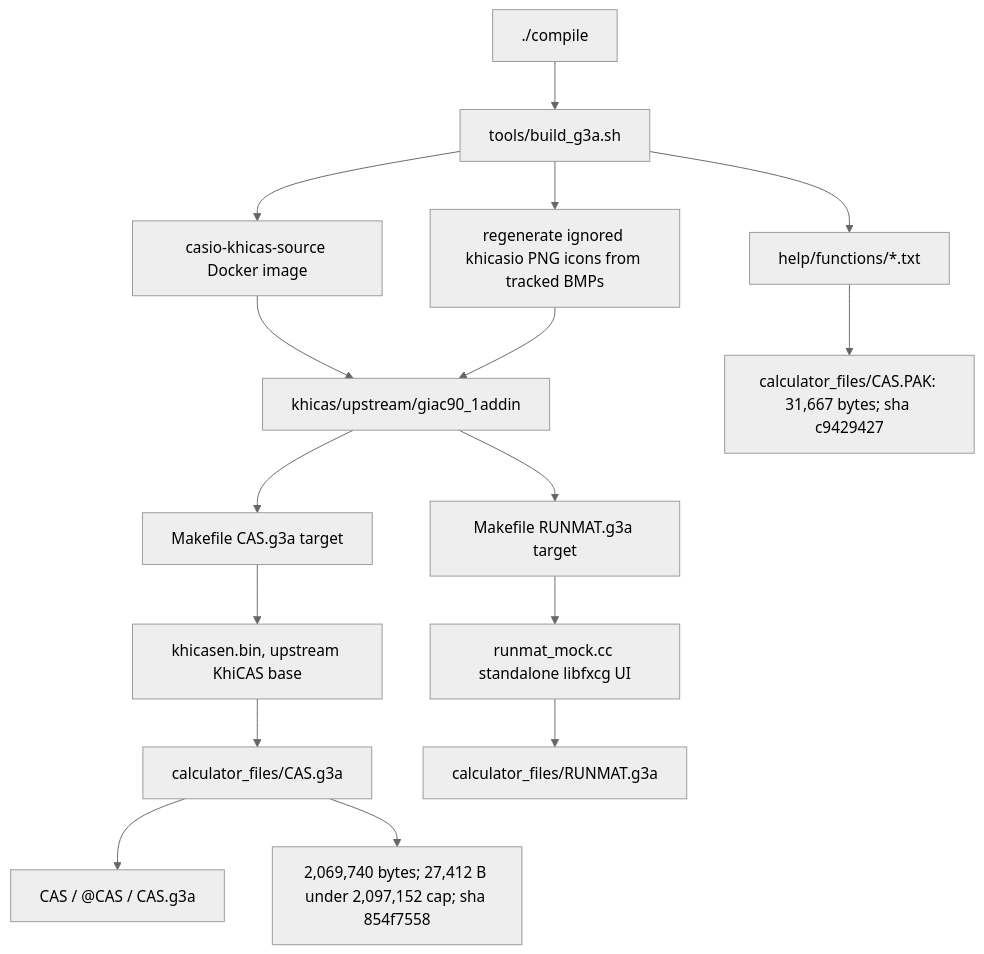
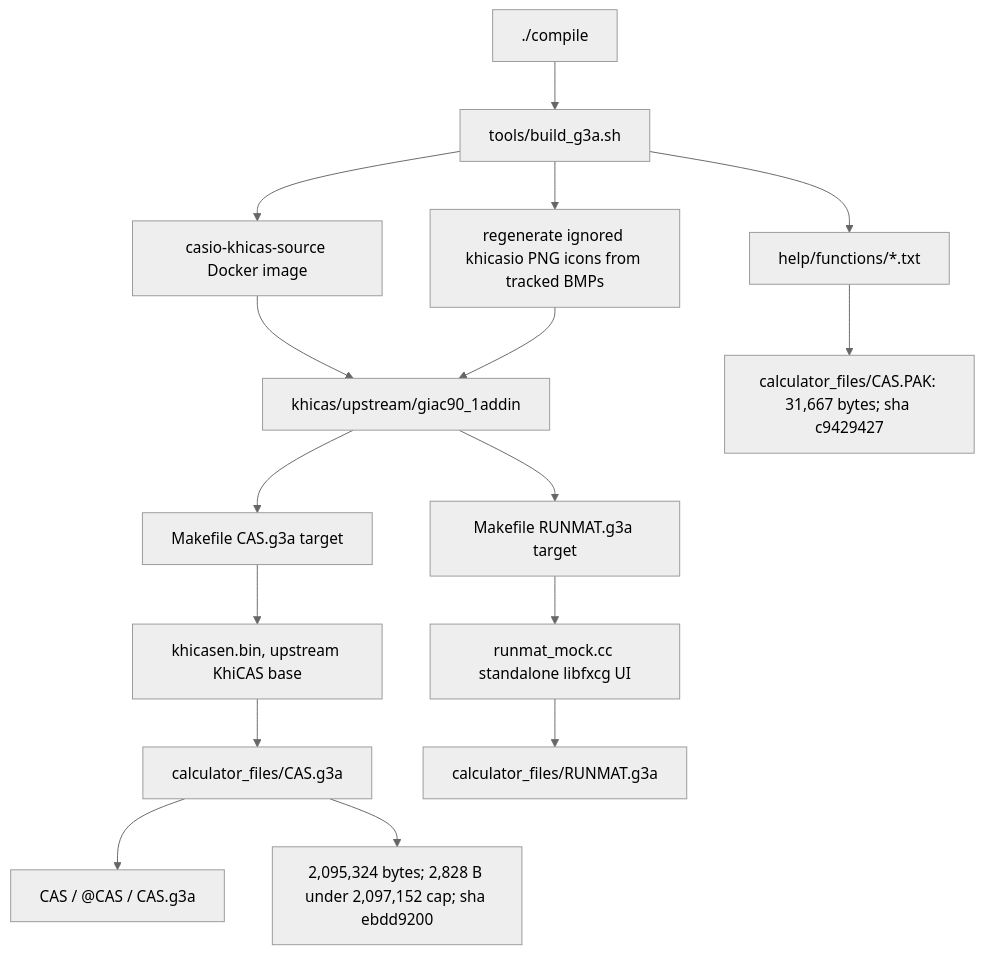
The first of 7 diagrams in docs/GRAPH.md (james8464/notes-addin-casio-fx-cg50), drawn with Mermaid (neutral theme) before and after one commit. The commit also changed other lines of this file and 5 other files, not shown here.

````diff
--- a/docs/GRAPH.md
+++ b/docs/GRAPH.md
@@ -7,18 +7,18 @@
 ```mermaid
 graph TD
   Compile["./compile"] --> Build["tools/build_g3a.sh"]
   Build --> Docker["casio-khicas-source Docker image"]
   Docker --> Src["khicas/upstream/giac90_1addin"]
   Build --> Icons["regenerate ignored khicasio PNG icons from tracked BMPs"]
   Icons --> Src
   Src --> Make["Makefile CAS.g3a target"]
   Make --> Bin["khicasen.bin, upstream KhiCAS base"]
   Bin --> G3A["calculator_files/CAS.g3a"]
   Src --> RunMatMake["Makefile RUNMAT.g3a target"]
   RunMatMake --> RunMatSrc["runmat_mock.cc standalone libfxcg UI"]
   RunMatSrc --> RunMatG3A["calculator_files/RUNMAT.g3a"]
   Build --> Help["help/functions/*.txt"]
   Help --> PAK["calculator_files/CAS.PAK: 31,667 bytes; sha c9429427"]
   G3A --> Meta["CAS / @CAS / CAS.g3a"]
-  G3A --> Size["2,069,740 bytes; 27,412 B under 2,097,152 cap; sha 854f7558"]
+  G3A --> Size["2,095,324 bytes; 2,828 B under 2,097,152 cap; sha ebdd9200"]
 ```
````
